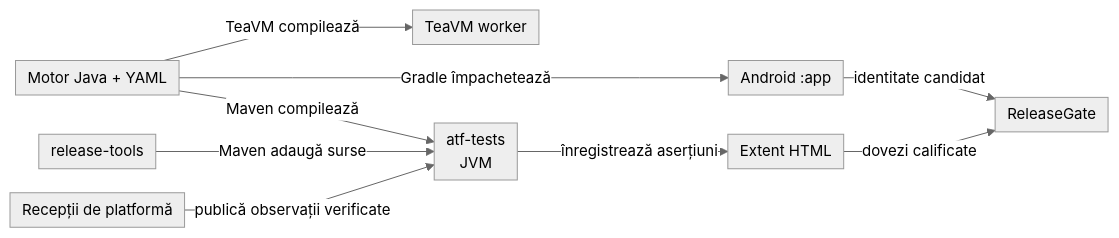
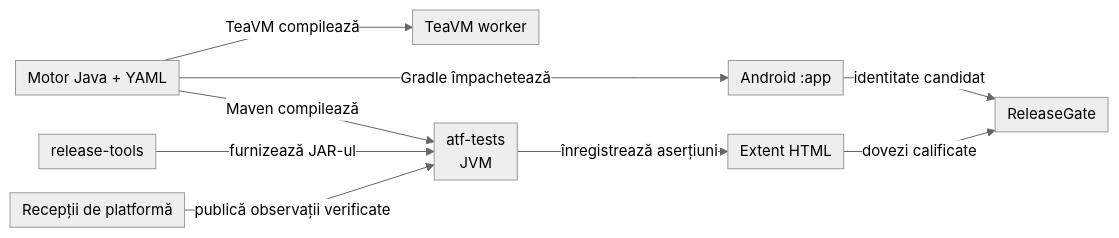
One commit to crististefanita/chess changed the second of 3 diagrams in README.md. Above: the diagram before and after it, drawn with Mermaid. The commit also changed other lines of this file and 27 other files, not shown here.

````diff
--- a/README.md
+++ b/README.md
@@ -77,20 +77,20 @@
 ```mermaid
 %%{init: {"theme":"neutral","themeVariables":{"fontSize":"15px"},"themeCSS":".edgeLabel, .edgeLabel p { font-size: 12px !important; } .node rect { rx: 6px; ry: 6px; }","flowchart":{"curve":"linear","nodeSpacing":24,"rankSpacing":20,"padding":6},"sequence":{"mirrorActors":false,"messageMargin":24}}}%%
 flowchart LR
     Source["Motor Java + YAML"]
     Android["Android :app"]
     Worker["TeaVM worker"]
     Tests["atf-tests<br/>JVM"]
     Tools["release-tools"]
     Receipts["Recepții de platformă"]
     Extent["Extent HTML"]
     Gate["ReleaseGate"]
     Source -->|Gradle împachetează| Android
     Source -->|TeaVM compilează| Worker
     Source -->|Maven compilează| Tests
-    Tools -->|Maven adaugă surse| Tests
+    Tools -->|furnizează JAR-ul| Tests
     Receipts -->|publică observații verificate| Tests
     Tests -->|înregistrează aserțiuni| Extent
     Android -->|identitate candidat| Gate
     Extent -->|dovezi calificate| Gate
 ```
````
